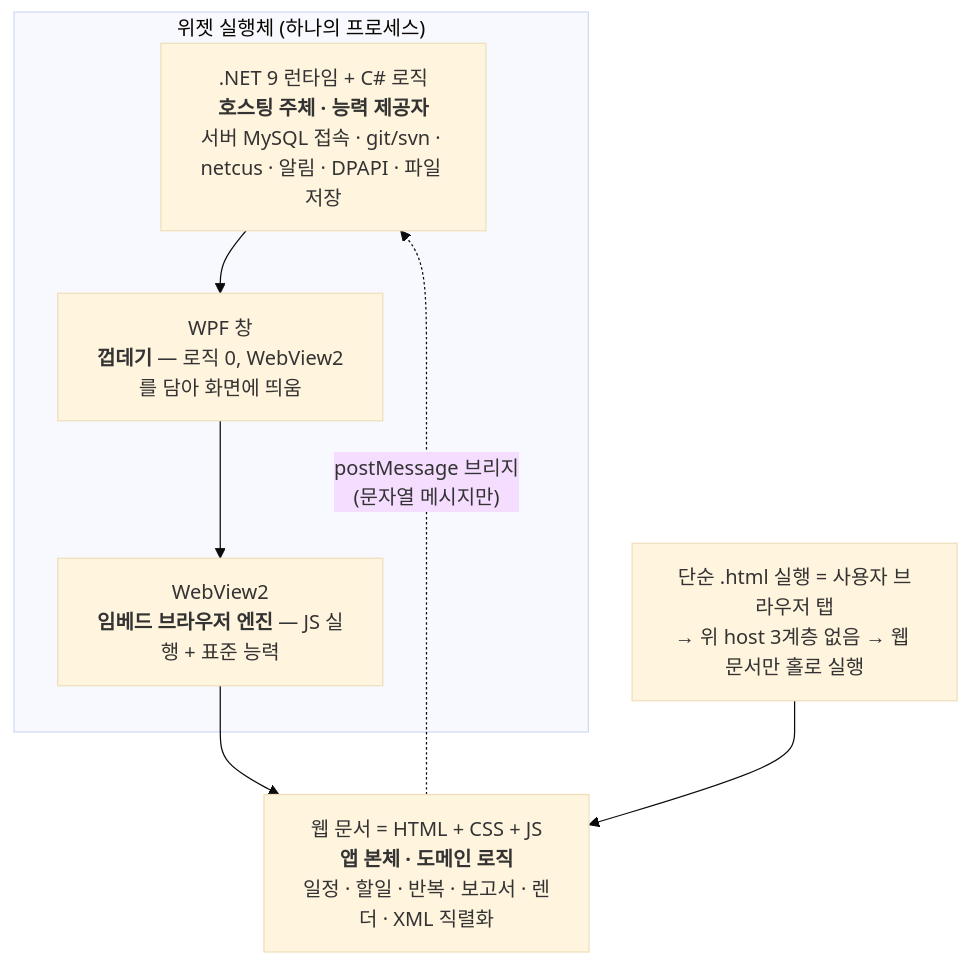
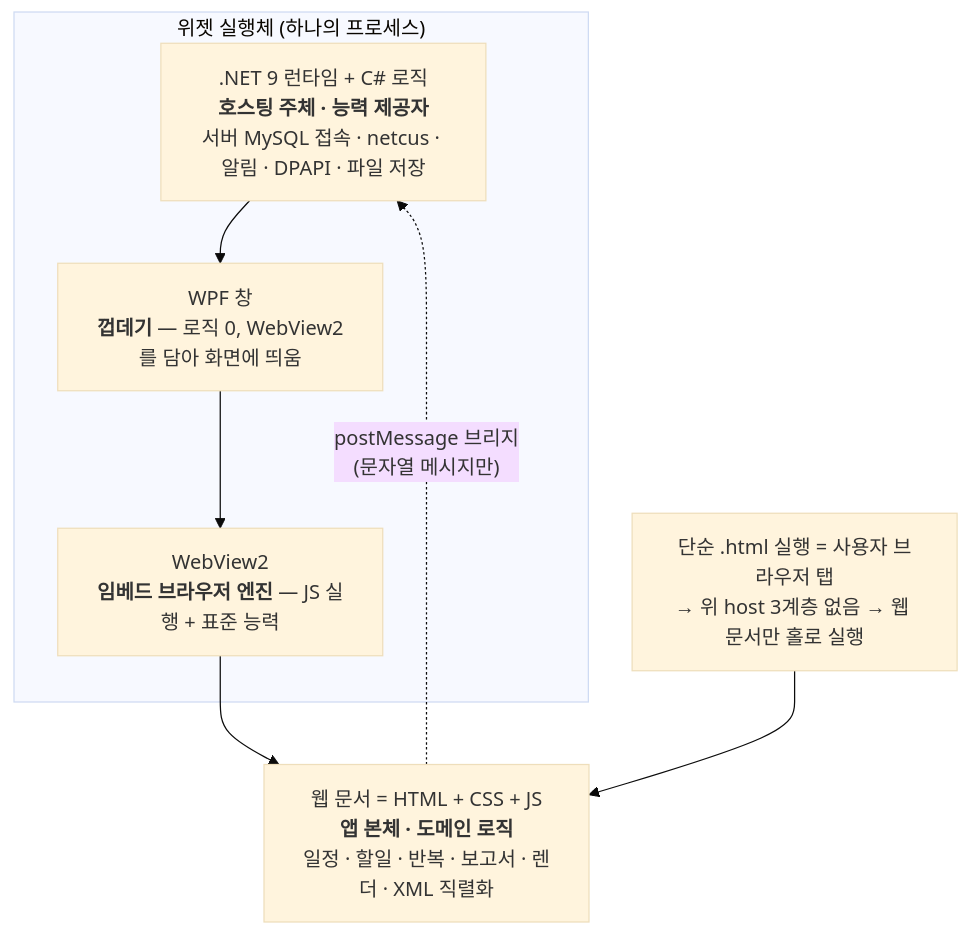
One commit to Peace-Min/task-calendar changed the first of 2 diagrams in docs/ARCHITECTURE.md. Above: the diagram before and after it, drawn with Mermaid (base theme). The commit also changed other lines of this file and 28 other files, not shown here.

Commit message:
docs(remove-git): Git, SVN 삭제를 문서와 위키에 반영(지운 기능 쪽, 결정 7, DB 구조 18, 스키마 보고서 재생성)

````diff
--- a/docs/ARCHITECTURE.md
+++ b/docs/ARCHITECTURE.md
@@ -21,15 +21,15 @@
 ```mermaid
 flowchart TB
   subgraph host["위젯 실행체 (하나의 프로세스)"]
-    dotnet[".NET 9 런타임 + C# 로직<br/><b>호스팅 주체 · 능력 제공자</b><br/>서버 MySQL 접속 · git/svn · netcus · 알림 · DPAPI · 파일 저장"]
+    dotnet[".NET 9 런타임 + C# 로직<br/><b>호스팅 주체 · 능력 제공자</b><br/>서버 MySQL 접속 · netcus · 알림 · DPAPI · 파일 저장"]
     wpf["WPF 창<br/><b>껍데기</b> — 로직 0, WebView2를 담아 화면에 띄움"]
     wv["WebView2<br/><b>임베드 브라우저 엔진</b> — JS 실행 + 표준 능력"]
     dotnet --> wpf --> wv
   end
   web["웹 문서 = HTML + CSS + JS<br/><b>앱 본체 · 도메인 로직</b><br/>일정 · 할일 · 반복 · 보고서 · 렌더 · XML 직렬화"]
   wv --> web
   web -. "postMessage 브리지<br/>(문자열 메시지만)" .-> dotnet
 
   browseronly["단순 .html 실행 = 사용자 브라우저 탭<br/>→ 위 host 3계층 없음 → 웹 문서만 홀로 실행"]
   browseronly --> web
 ```
````
